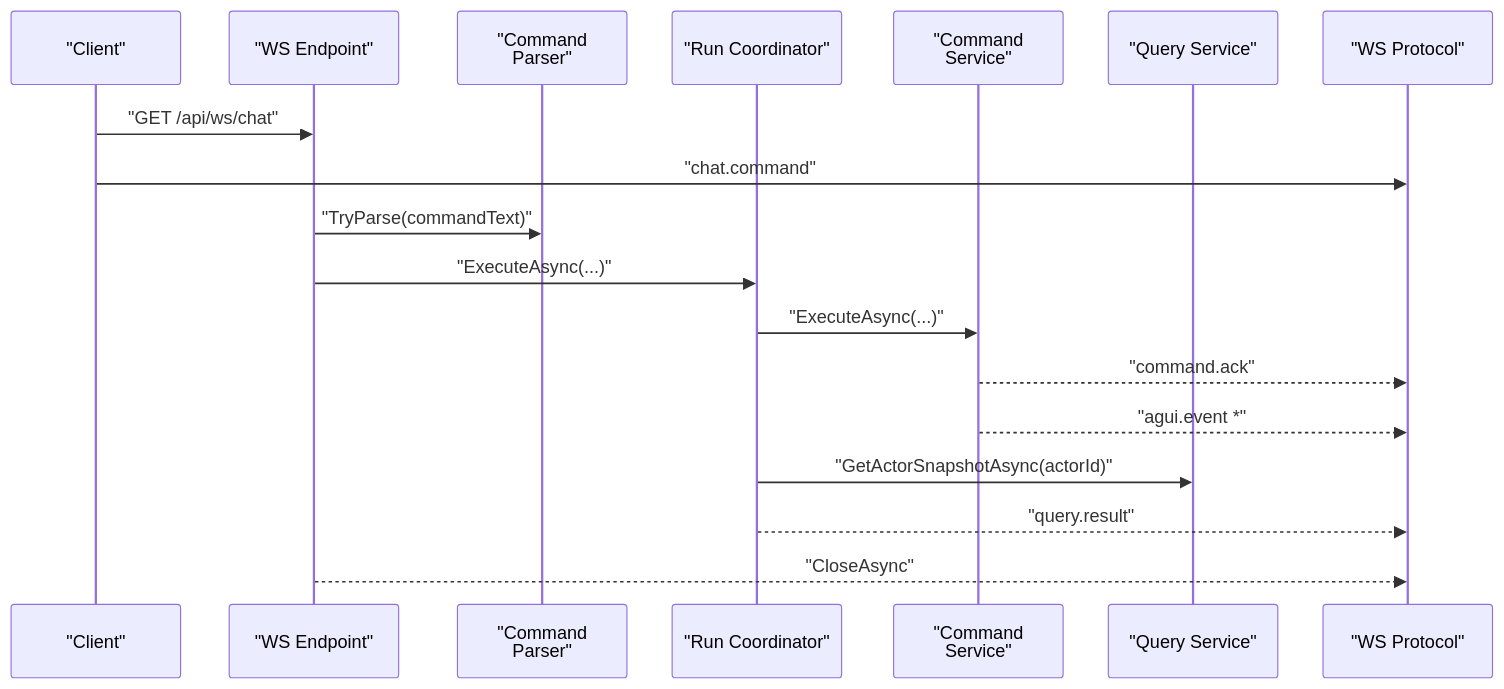
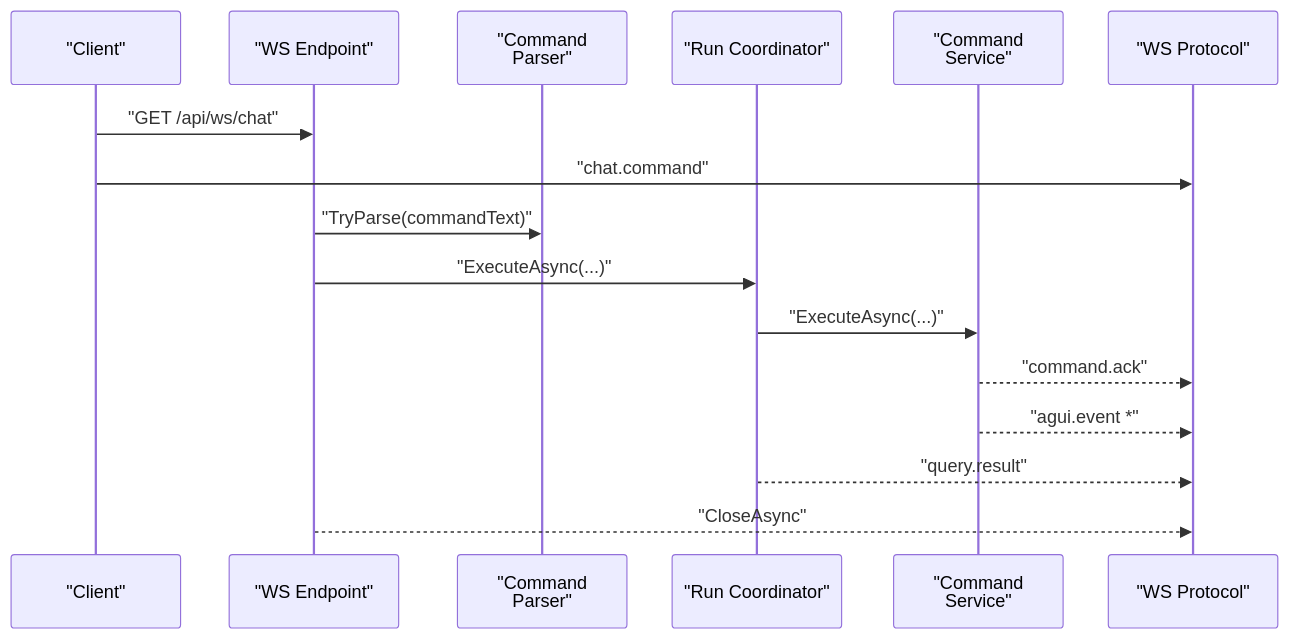
One commit to aevatarAI/aevatar changed the third of 5 diagrams in docs/WORKFLOW_LLM_STREAMING_ARCHITECTURE.md. Above: the diagram before and after it, drawn with Mermaid. The commit also changed other lines of this file and 20 other files, not shown here.

First line of the commit message:
Refactor Workflow LLM streaming architecture and enhance documentation

````diff
--- a/docs/WORKFLOW_LLM_STREAMING_ARCHITECTURE.md
+++ b/docs/WORKFLOW_LLM_STREAMING_ARCHITECTURE.md
@@ -153,22 +153,20 @@
 ```mermaid
 %%{init: {"maxTextSize": 100000, "flowchart": {"useMaxWidth": false, "nodeSpacing": 10, "rankSpacing": 50}, "themeVariables": {"fontSize": "10px"}, "sequence": {"useMaxWidth": false, "actorFontSize": 10, "messageFontSize": 10, "noteFontSize": 10, "actorMargin": 40, "messageMargin": 12, "diagramMarginX": 16, "diagramMarginY": 16, "wrap": true}}}%%
 sequenceDiagram
     participant CL as "Client"
     participant API as "WS Endpoint"
     participant PRS as "Command Parser"
     participant RUN as "Run Coordinator"
     participant CMD as "Command Service"
-    participant QRY as "Query Service"
     participant WS as "WS Protocol"
 
     CL->>API: "GET /api/ws/chat"
     CL->>WS: "chat.command"
     API->>PRS: "TryParse(commandText)"
     API->>RUN: "ExecuteAsync(...)"
     RUN->>CMD: "ExecuteAsync(...)"
     CMD-->>WS: "command.ack"
     CMD-->>WS: "agui.event *"
-    RUN->>QRY: "GetActorSnapshotAsync(actorId)"
     RUN-->>WS: "query.result"
     API-->>WS: "CloseAsync"
 ```
````
